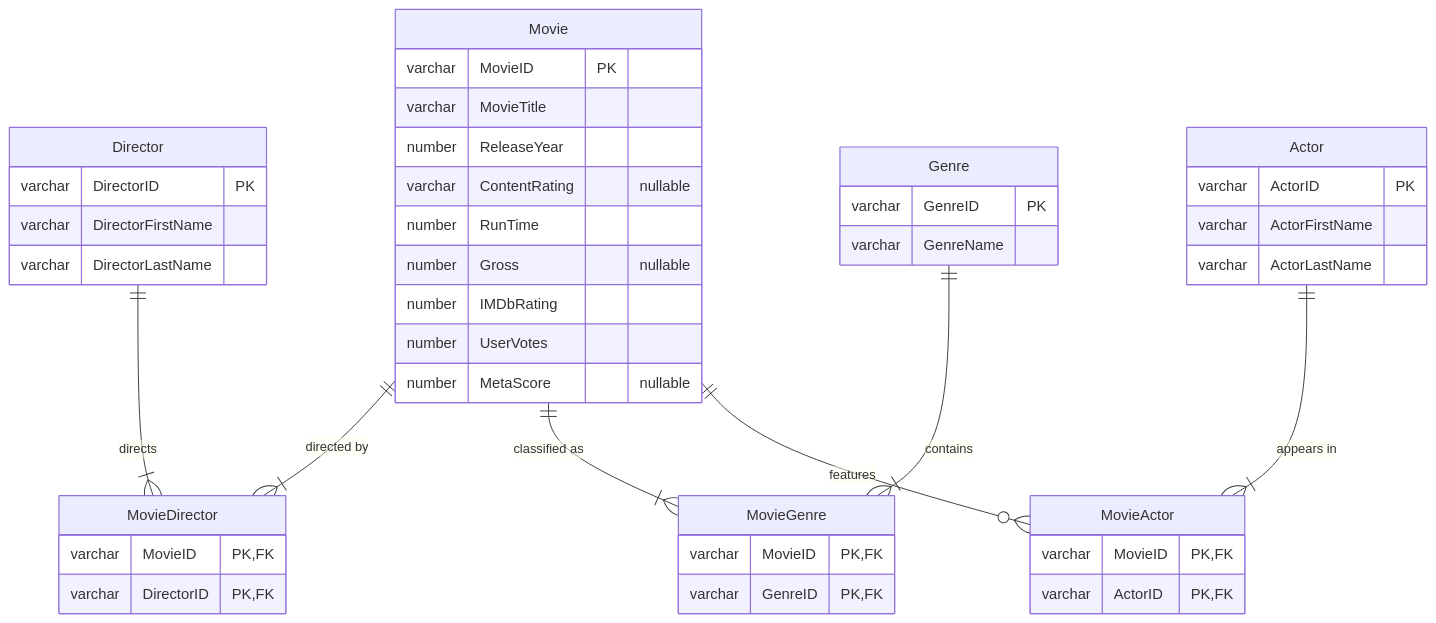
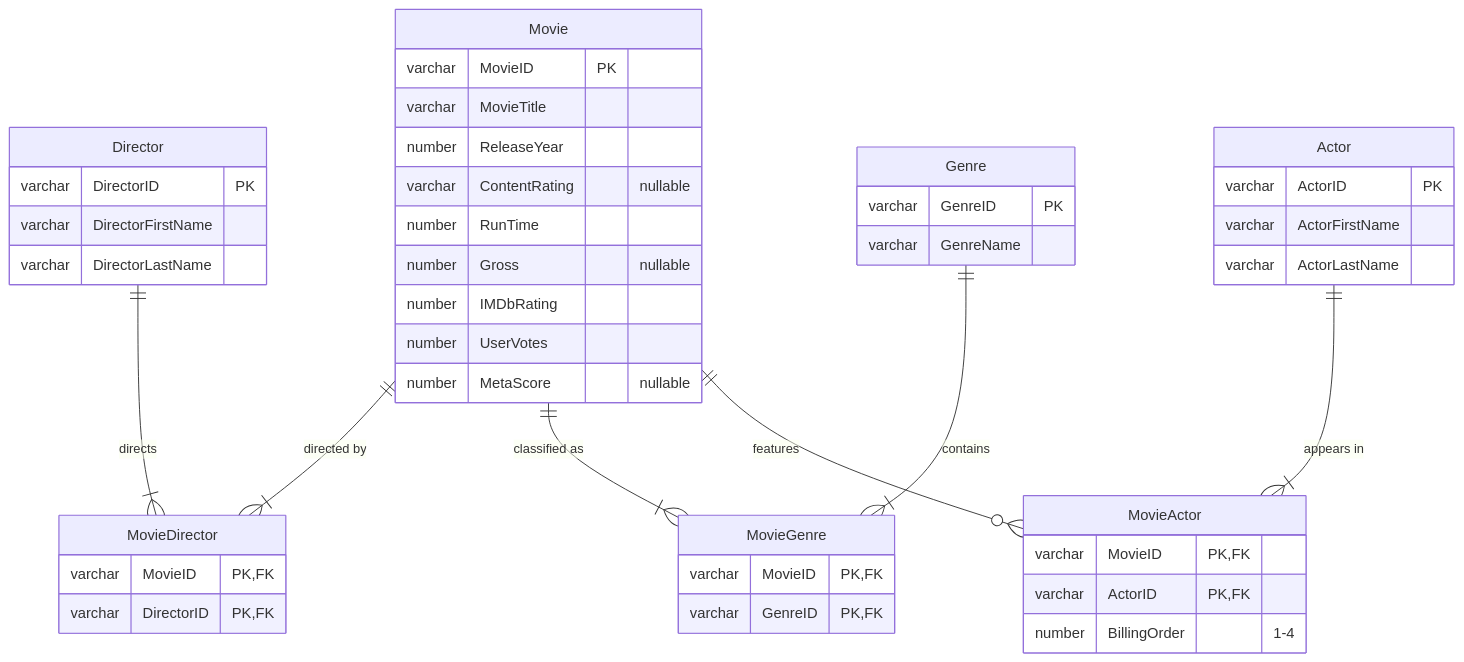
Before and after one commit to Rohan700-Builds/IMDb-Movie-Database: the diagram in README.md, drawn with Mermaid. The commit also changed other lines of this file, not shown here.

````diff
--- a/README.md
+++ b/README.md
@@ -13,47 +13,48 @@
 ```mermaid
 erDiagram
     Movie ||--|{ MovieDirector : "directed by"
     Director ||--|{ MovieDirector : directs
     Movie ||--|{ MovieGenre : "classified as"
     Genre ||--|{ MovieGenre : contains
     Movie ||--o{ MovieActor : features
     Actor ||--|{ MovieActor : "appears in"
 
     Movie {
         varchar MovieID PK
         varchar MovieTitle
         number ReleaseYear
         varchar ContentRating "nullable"
         number RunTime
         number Gross "nullable"
         number IMDbRating
         number UserVotes
         number MetaScore "nullable"
     }
     Director {
         varchar DirectorID PK
         varchar DirectorFirstName
         varchar DirectorLastName
     }
     Genre {
         varchar GenreID PK
         varchar GenreName
     }
     Actor {
         varchar ActorID PK
         varchar ActorFirstName
         varchar ActorLastName
     }
     MovieDirector {
         varchar MovieID PK, FK
         varchar DirectorID PK, FK
     }
     MovieGenre {
         varchar MovieID PK, FK
         varchar GenreID PK, FK
     }
     MovieActor {
         varchar MovieID PK, FK
         varchar ActorID PK, FK
+        number BillingOrder "1-4"
     }
 ```
````
